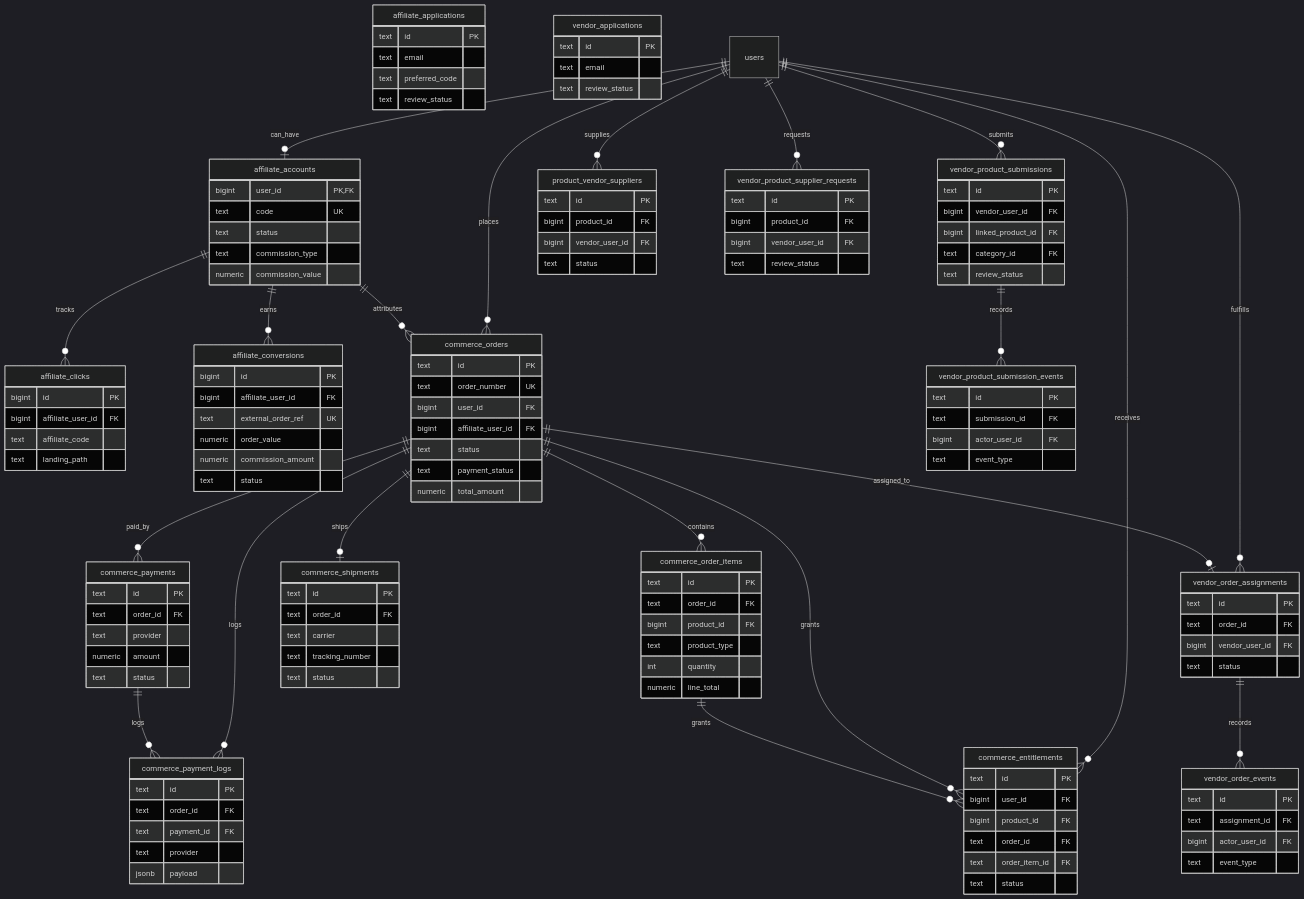
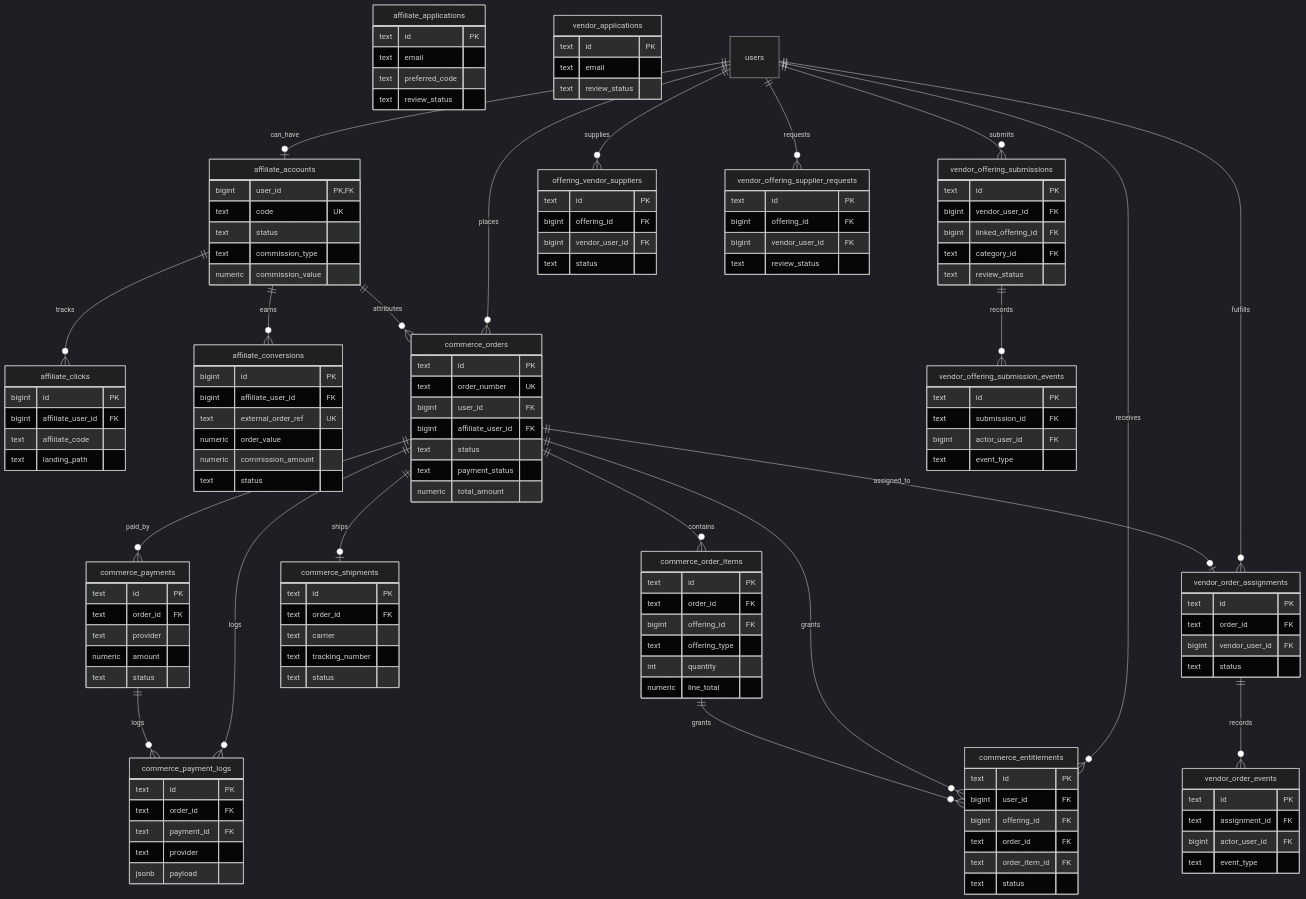
The seventh of 8 diagrams in docs/schema.md (hoangpham2263/pinklove), drawn with Mermaid (dark theme) before and after one commit. The commit also changed other lines of this file and 221 other files, not shown here.

````diff
--- a/docs/schema.md
+++ b/docs/schema.md
@@ -312,8 +597,8 @@
   commerce_order_items {
     text id PK
     text order_id FK
-    bigint product_id FK
-    text product_type
+    bigint offering_id FK
+    text offering_type
     int quantity
     numeric line_total
   }
@@ -345,7 +630,7 @@
   commerce_entitlements {
     text id PK
     bigint user_id FK
-    bigint product_id FK
+    bigint offering_id FK
     text order_id FK
     text order_item_id FK
     text status
@@ -365,31 +650,31 @@
     text event_type
   }
 
-  vendor_product_submissions {
+  vendor_offering_submissions {
     text id PK
     bigint vendor_user_id FK
-    bigint linked_product_id FK
+    bigint linked_offering_id FK
     text category_id FK
     text review_status
   }
 
-  vendor_product_submission_events {
+  vendor_offering_submission_events {
     text id PK
     text submission_id FK
     bigint actor_user_id FK
     text event_type
   }
 
-  product_vendor_suppliers {
+  offering_vendor_suppliers {
     text id PK
-    bigint product_id FK
+    bigint offering_id FK
     bigint vendor_user_id FK
     text status
   }
 
-  vendor_product_supplier_requests {
+  vendor_offering_supplier_requests {
     text id PK
-    bigint product_id FK
+    bigint offering_id FK
     bigint vendor_user_id FK
     text review_status
   }
@@ -404,9 +689,9 @@
   users ||--o{ commerce_orders : places
   users ||--o{ commerce_entitlements : receives
   users ||--o{ vendor_order_assignments : fulfills
-  users ||--o{ vendor_product_submissions : submits
-  users ||--o{ product_vendor_suppliers : supplies
-  users ||--o{ vendor_product_supplier_requests : requests
+  users ||--o{ vendor_offering_submissions : submits
+  users ||--o{ offering_vendor_suppliers : supplies
+  users ||--o{ vendor_offering_supplier_requests : requests
 
   affiliate_accounts ||--o{ affiliate_clicks : tracks
   affiliate_accounts ||--o{ affiliate_conversions : earns
@@ -422,5 +707,5 @@
   commerce_order_items ||--o{ commerce_entitlements : grants
   commerce_payments ||--o{ commerce_payment_logs : logs
   vendor_order_assignments ||--o{ vendor_order_events : records
-  vendor_product_submissions ||--o{ vendor_product_submission_events : records
+  vendor_offering_submissions ||--o{ vendor_offering_submission_events : records
 ```
````
